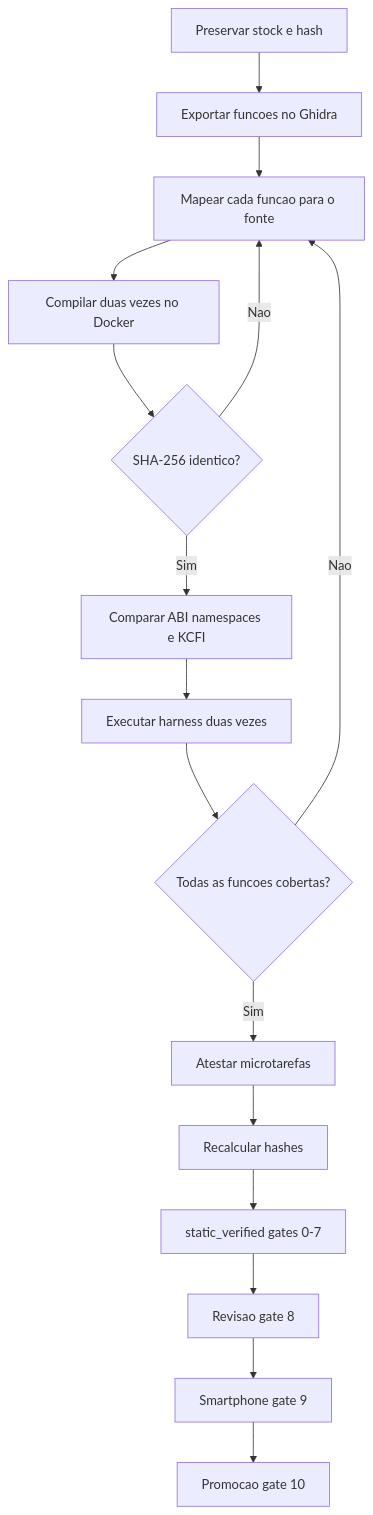
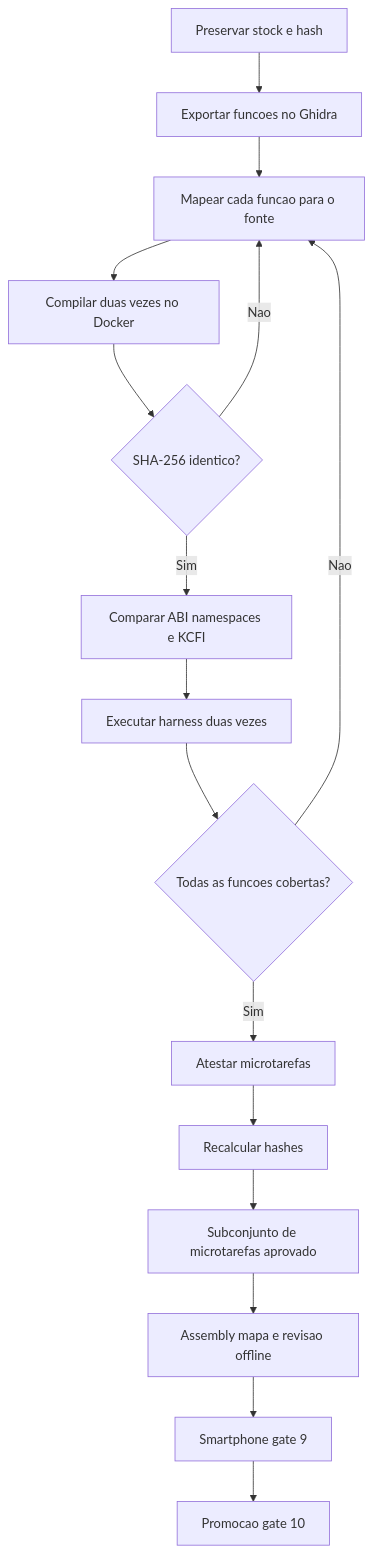
Before and after one commit to Coding-BR/zte-kernel-nx809j-drivers: the diagram in reverse_engineering/docs/GUIA_HARNESS_E_ATESTACAO_MICROTAREFAS.md, drawn with Mermaid. The commit also changed other lines of this file and 2022 other files, not shown here.

````diff
--- a/reverse_engineering/docs/GUIA_HARNESS_E_ATESTACAO_MICROTAREFAS.md
+++ b/reverse_engineering/docs/GUIA_HARNESS_E_ATESTACAO_MICROTAREFAS.md
@@ -212,18 +220,18 @@
 ```mermaid
 flowchart TD
     A[Preservar stock e hash] --> B[Exportar funcoes no Ghidra]
     B --> C[Mapear cada funcao para o fonte]
     C --> D[Compilar duas vezes no Docker]
     D --> E{SHA-256 identico?}
     E -- Nao --> C
     E -- Sim --> F[Comparar ABI namespaces e KCFI]
     F --> G[Executar harness duas vezes]
     G --> H{Todas as funcoes cobertas?}
     H -- Nao --> C
     H -- Sim --> I[Atestar microtarefas]
     I --> J[Recalcular hashes]
-    J --> K[static_verified gates 0-7]
-    K --> L[Revisao gate 8]
+    J --> K[Subconjunto de microtarefas aprovado]
+    K --> L[Assembly mapa e revisao offline]
     L --> M[Smartphone gate 9]
     M --> N[Promocao gate 10]
 ```
````
